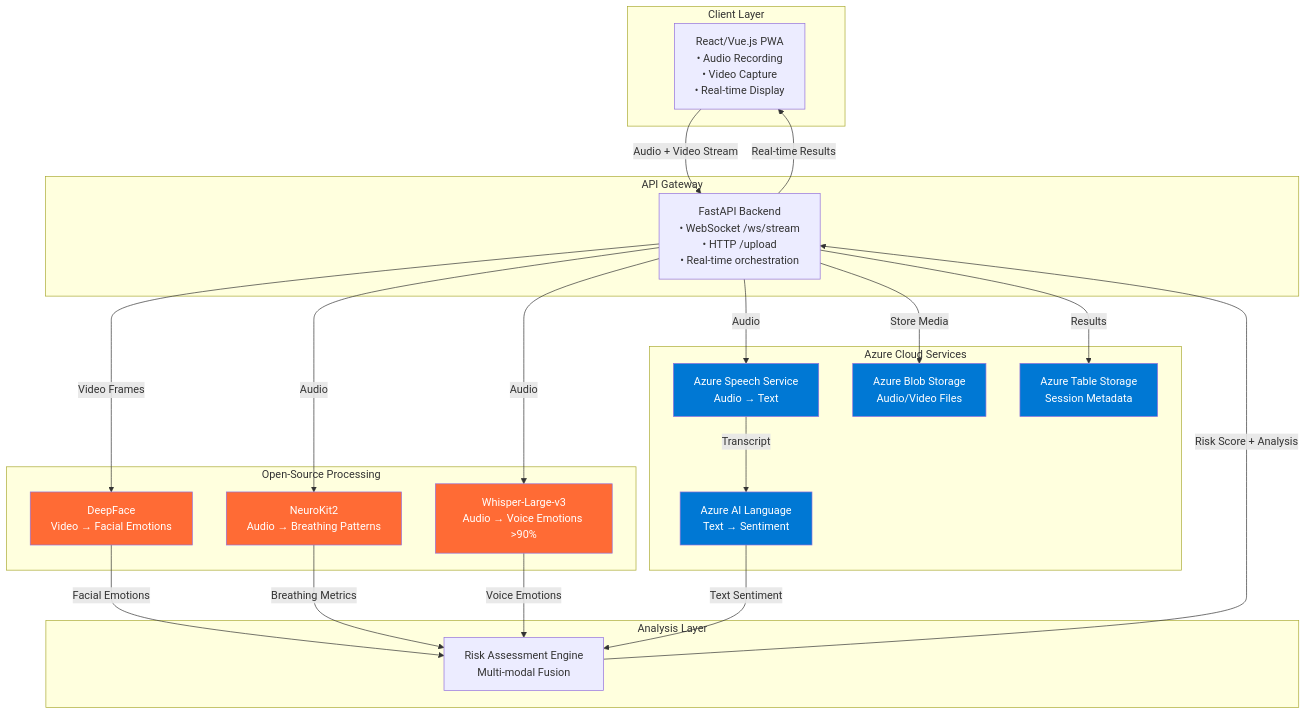
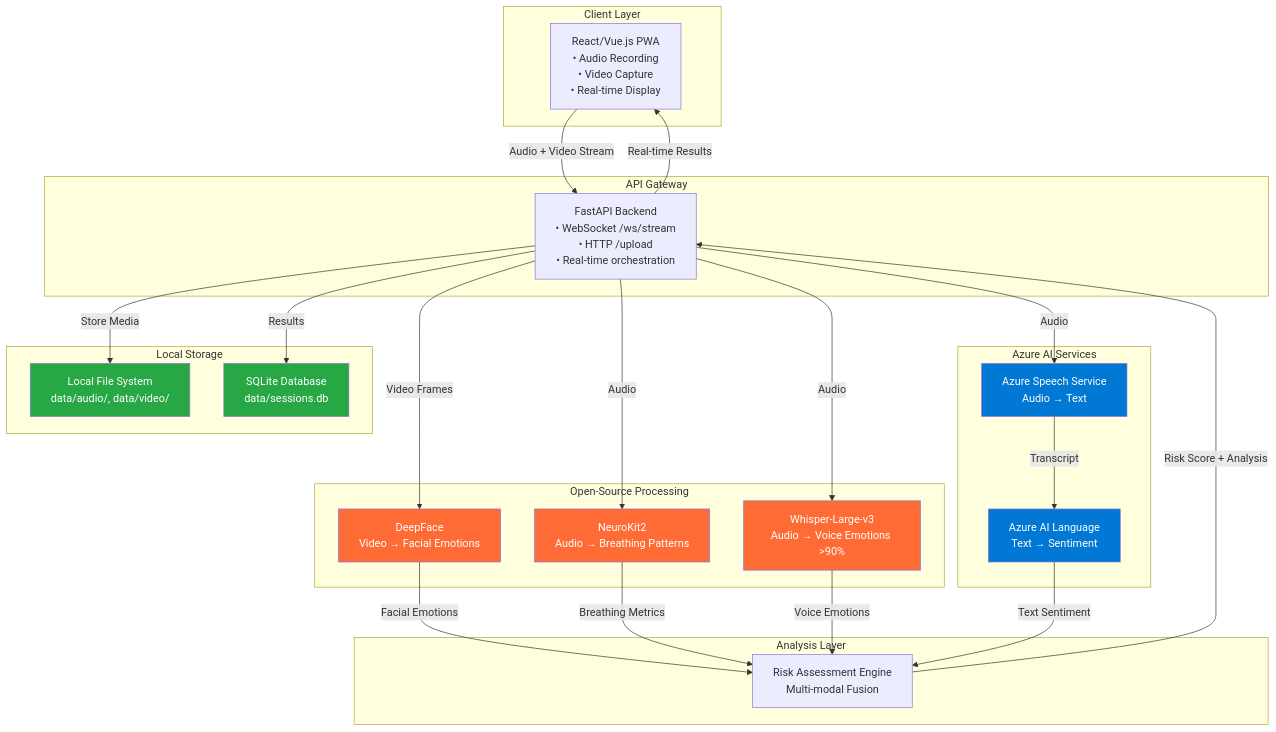
Before and after one commit to Droid-Smasher/EmoVox: the diagram in IMPLEMENTATION_PLAN.md, drawn with Mermaid. The commit also changed other lines of this file, not shown here.

Commit message:
Refactor implementation plan to clarify Azure AI services and local storage dependencies

````diff
--- a/IMPLEMENTATION_PLAN.md
+++ b/IMPLEMENTATION_PLAN.md
@@ -8,52 +8,55 @@
 ```mermaid
 graph TD
     subgraph "Client Layer"
         A[React/Vue.js PWA<br/>• Audio Recording<br/>• Video Capture<br/>• Real-time Display]
     end
 
     subgraph "API Gateway"
         B[FastAPI Backend<br/>• WebSocket /ws/stream<br/>• HTTP /upload<br/>• Real-time orchestration]
     end
 
-    subgraph "Azure Cloud Services"
+    subgraph "Azure AI Services"
         C[Azure Speech Service<br/>Audio → Text]
         D[Azure AI Language<br/>Text → Sentiment]
-        E[Azure Blob Storage<br/>Audio/Video Files]
-        F[Azure Table Storage<br/>Session Metadata]
+    end
+
+    subgraph "Local Storage"
+        E[Local File System<br/>data/audio/, data/video/]
+        F[SQLite Database<br/>data/sessions.db]
     end
 
     subgraph "Open-Source Processing"
         G[DeepFace<br/>Video → Facial Emotions]
         H[NeuroKit2<br/>Audio → Breathing Patterns]
         I[Whisper-Large-v3<br/>Audio → Voice Emotions >90%]
     end
 
     subgraph "Analysis Layer"
         J[Risk Assessment Engine<br/>Multi-modal Fusion]
     end
 
     A -->|Audio + Video Stream| B
     B -->|Audio| C
     B -->|Audio| H
     B -->|Audio| I
     B -->|Video Frames| G
     C -->|Transcript| D
     B -->|Store Media| E
     
     G -->|Facial Emotions| J
     H -->|Breathing Metrics| J
     I -->|Voice Emotions| J
     D -->|Text Sentiment| J
     
     J -->|Risk Score + Analysis| B
     B -->|Results| F
     B -->|Real-time Results| A
 
     style C fill:#0078D4,color:#fff
     style D fill:#0078D4,color:#fff
-    style E fill:#0078D4,color:#fff
-    style F fill:#0078D4,color:#fff
+    style E fill:#28a745,color:#fff
+    style F fill:#28a745,color:#fff
     style G fill:#ff6b35,color:#fff
     style H fill:#ff6b35,color:#fff
     style I fill:#ff6b35,color:#fff
 ```
````
